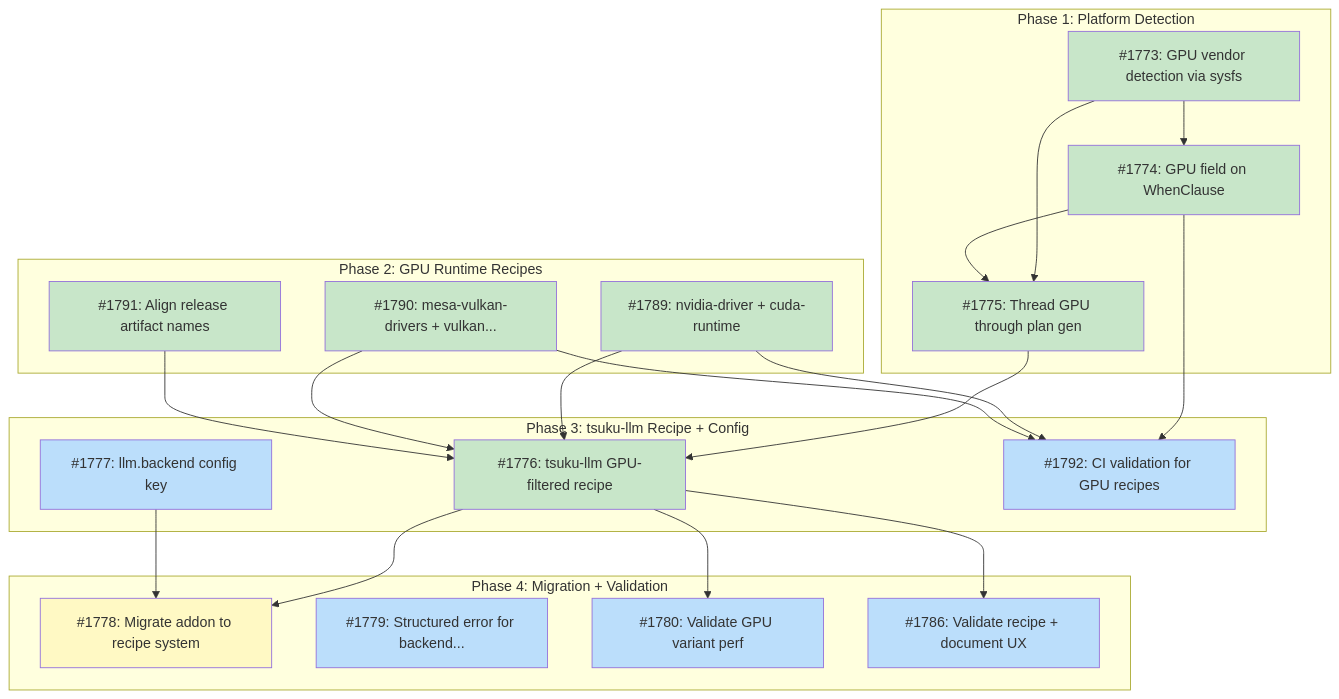
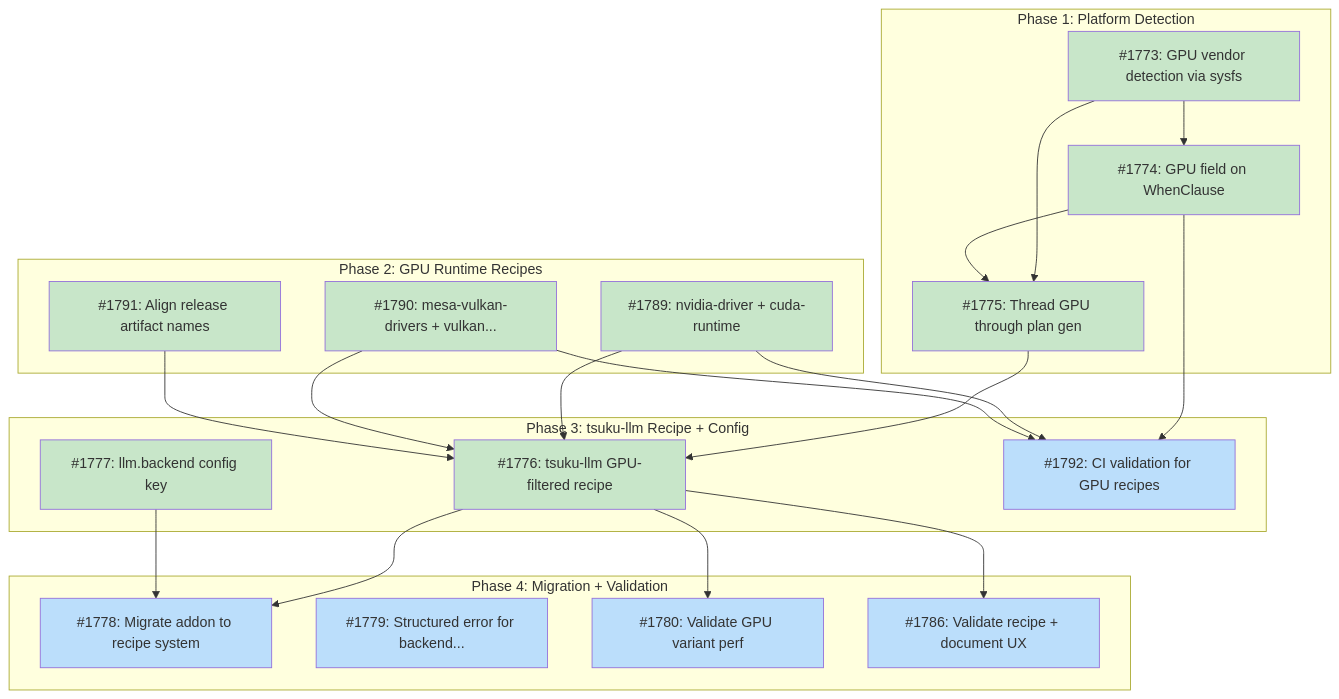
Before and after one commit to tsukumogami/tsuku: the diagram in docs/designs/DESIGN-gpu-backend-selection.md, drawn with Mermaid. The commit also changed other lines of this file and 5 other files, not shown here.

````diff
--- a/docs/designs/DESIGN-gpu-backend-selection.md
+++ b/docs/designs/DESIGN-gpu-backend-selection.md
@@ -72,52 +72,51 @@
 ```mermaid
 graph TD
     subgraph Phase1["Phase 1: Platform Detection"]
         I1773["#1773: GPU vendor detection via sysfs"]
         I1774["#1774: GPU field on WhenClause"]
         I1775["#1775: Thread GPU through plan gen"]
     end
 
     subgraph Phase2["Phase 2: GPU Runtime Recipes"]
         I1789["#1789: nvidia-driver + cuda-runtime"]
         I1790["#1790: mesa-vulkan-drivers + vulkan..."]
         I1791["#1791: Align release artifact names"]
     end
 
     subgraph Phase3["Phase 3: tsuku-llm Recipe + Config"]
         I1776["#1776: tsuku-llm GPU-filtered recipe"]
         I1777["#1777: llm.backend config key"]
         I1792["#1792: CI validation for GPU recipes"]
     end
 
     subgraph Phase4["Phase 4: Migration + Validation"]
         I1778["#1778: Migrate addon to recipe system"]
         I1779["#1779: Structured error for backend..."]
         I1780["#1780: Validate GPU variant perf"]
         I1786["#1786: Validate recipe + document UX"]
     end
 
     I1773 --> I1774
     I1773 --> I1775
     I1774 --> I1775
     I1774 --> I1792
     I1789 --> I1792
     I1790 --> I1792
     I1775 --> I1776
     I1789 --> I1776
     I1790 --> I1776
     I1791 --> I1776
     I1776 --> I1778
     I1777 --> I1778
     I1776 --> I1780
     I1776 --> I1786
 
     classDef done fill:#c8e6c9
     classDef ready fill:#bbdefb
     classDef blocked fill:#fff9c4
     classDef needsDesign fill:#e1bee7
     classDef tracksDesign fill:#FFE0B2,stroke:#F57C00,color:#000
 
-    class I1773,I1774,I1775,I1776,I1789,I1790,I1791 done
-    class I1777,I1779,I1780,I1786,I1792 ready
-    class I1778 blocked
+    class I1773,I1774,I1775,I1776,I1777,I1789,I1790,I1791 done
+    class I1778,I1779,I1780,I1786,I1792 ready
 ```
````
